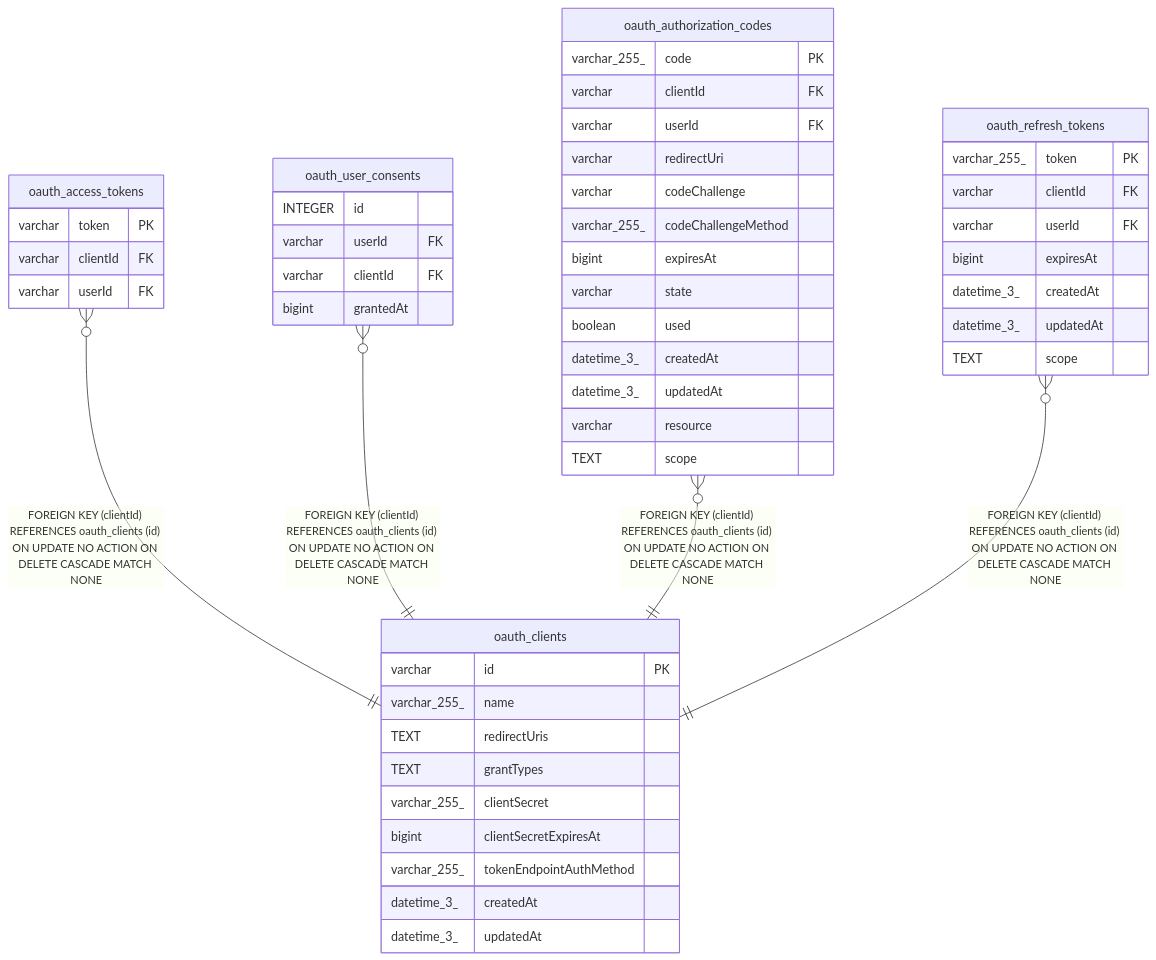
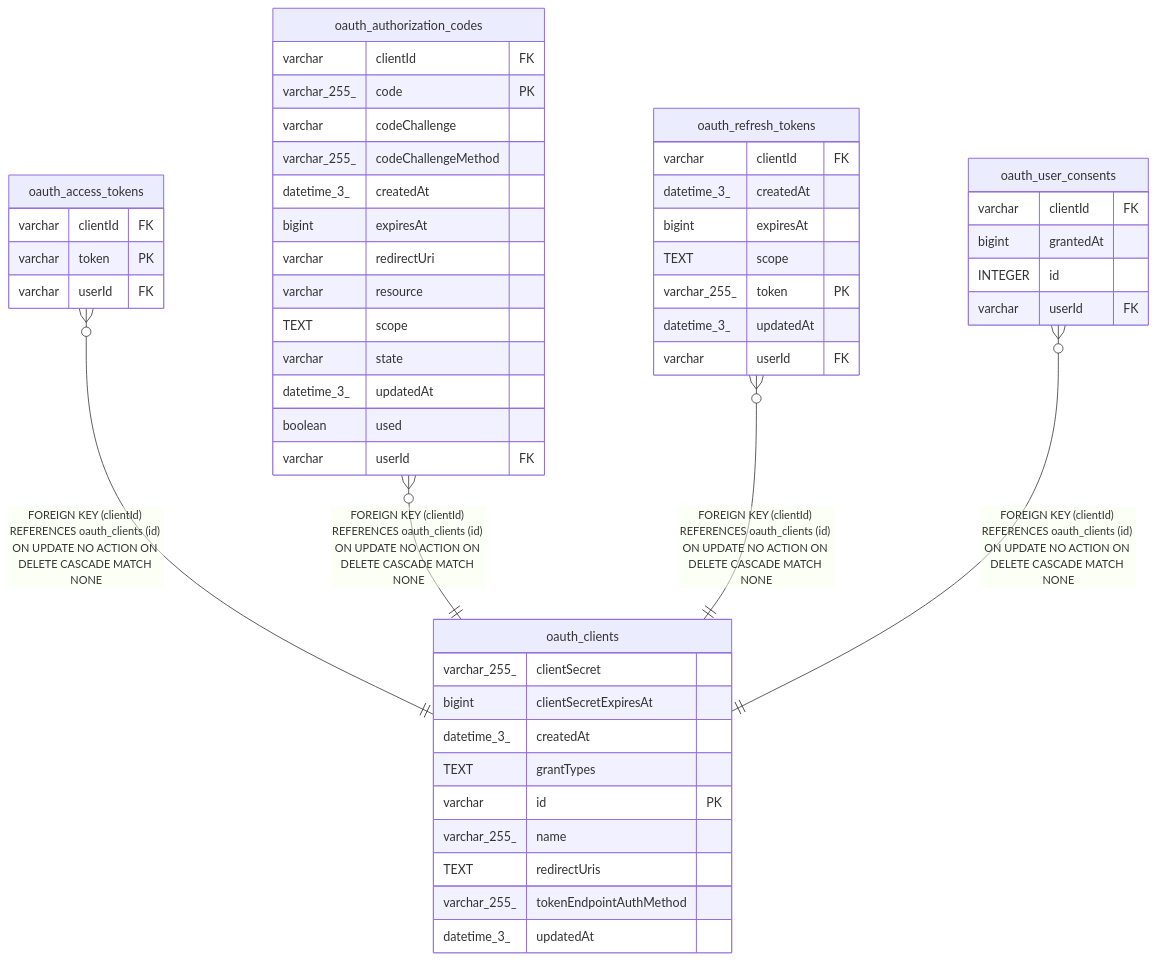
One commit to mayankjain1815-commits/n8n changed the diagram in docs/generated/sqlite-schema/oauth_clients.md. Above: the diagram before and after it, drawn with Mermaid. The commit also changed other lines of this file and 221 other files, not shown here.

Commit message:
chore(core): Make DB schema docs generation deterministic (#32373)

````diff
--- a/docs/generated/sqlite-schema/oauth_clients.md
+++ b/docs/generated/sqlite-schema/oauth_clients.md
@@ -43,55 +43,55 @@
 ```mermaid
 erDiagram
 
 "oauth_access_tokens" }o--|| "oauth_clients" : "FOREIGN KEY (clientId) REFERENCES oauth_clients (id) ON UPDATE NO ACTION ON DELETE CASCADE MATCH NONE"
-"oauth_user_consents" }o--|| "oauth_clients" : "FOREIGN KEY (clientId) REFERENCES oauth_clients (id) ON UPDATE NO ACTION ON DELETE CASCADE MATCH NONE"
 "oauth_authorization_codes" }o--|| "oauth_clients" : "FOREIGN KEY (clientId) REFERENCES oauth_clients (id) ON UPDATE NO ACTION ON DELETE CASCADE MATCH NONE"
 "oauth_refresh_tokens" }o--|| "oauth_clients" : "FOREIGN KEY (clientId) REFERENCES oauth_clients (id) ON UPDATE NO ACTION ON DELETE CASCADE MATCH NONE"
+"oauth_user_consents" }o--|| "oauth_clients" : "FOREIGN KEY (clientId) REFERENCES oauth_clients (id) ON UPDATE NO ACTION ON DELETE CASCADE MATCH NONE"
 
 "oauth_clients" {
+  varchar_255_ clientSecret
+  bigint clientSecretExpiresAt
+  datetime_3_ createdAt
+  TEXT grantTypes
   varchar id PK
   varchar_255_ name
   TEXT redirectUris
-  TEXT grantTypes
-  varchar_255_ clientSecret
-  bigint clientSecretExpiresAt
   varchar_255_ tokenEndpointAuthMethod
-  datetime_3_ createdAt
   datetime_3_ updatedAt
 }
 "oauth_access_tokens" {
+  varchar clientId FK
   varchar token PK
+  varchar userId FK
+}
+"oauth_authorization_codes" {
   varchar clientId FK
+  varchar_255_ code PK
+  varchar codeChallenge
+  varchar_255_ codeChallengeMethod
+  datetime_3_ createdAt
+  bigint expiresAt
+  varchar redirectUri
+  varchar resource
+  TEXT scope
+  varchar state
+  datetime_3_ updatedAt
+  boolean used
+  varchar userId FK
+}
+"oauth_refresh_tokens" {
+  varchar clientId FK
+  datetime_3_ createdAt
+  bigint expiresAt
+  TEXT scope
+  varchar_255_ token PK
+  datetime_3_ updatedAt
   varchar userId FK
 }
 "oauth_user_consents" {
+  varchar clientId FK
+  bigint grantedAt
   INTEGER id
   varchar userId FK
-  varchar clientId FK
-  bigint grantedAt
-}
-"oauth_authorization_codes" {
-  varchar_255_ code PK
-  varchar clientId FK
-  varchar userId FK
-  varchar redirectUri
-  varchar codeChallenge
-  varchar_255_ codeChallengeMethod
-  bigint expiresAt
-  varchar state
-  boolean used
-  datetime_3_ createdAt
-  datetime_3_ updatedAt
-  varchar resource
-  TEXT scope
-}
-"oauth_refresh_tokens" {
-  varchar_255_ token PK
-  varchar clientId FK
-  varchar userId FK
-  bigint expiresAt
-  datetime_3_ createdAt
-  datetime_3_ updatedAt
-  TEXT scope
 }
 ```
````
